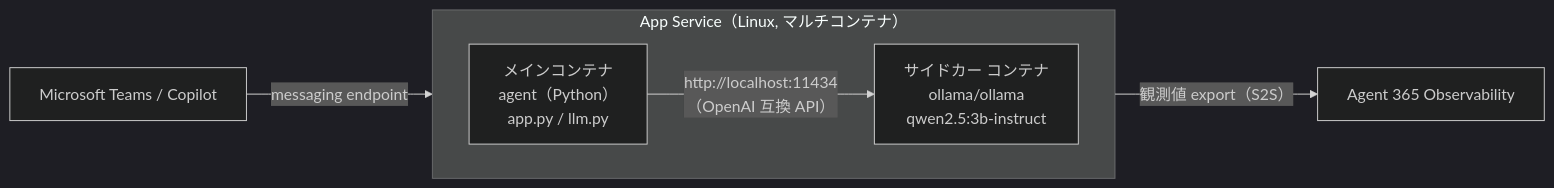
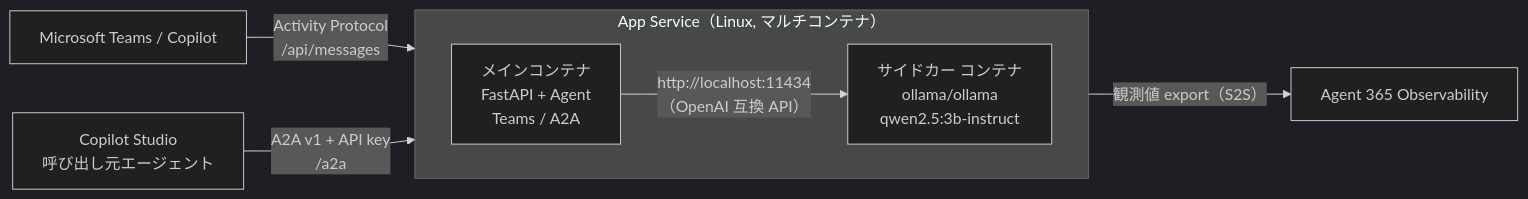
The diagram in docs/part1c-custom-agent.md (fatman3110/Agent365-Training), drawn with Mermaid (dark theme) before and after one commit. The commit also changed other lines of this file and 13 other files, not shown here.

````diff
--- a/docs/part1c-custom-agent.md
+++ b/docs/part1c-custom-agent.md
@@ -159,13 +177,14 @@
 ```mermaid
 flowchart LR
-    Teams["Microsoft Teams / Copilot"] -->|"messaging endpoint"| Agent
+  Teams["Microsoft Teams / Copilot"] -->|"Activity Protocol<br/>/api/messages"| Agent
+  CopilotStudio["Copilot Studio<br/>呼び出し元エージェント"] -->|"A2A v1 + API key<br/>/a2a"| Agent
 
     subgraph AppSvc["App Service（Linux, マルチコンテナ）"]
         direction LR
-        Agent["メインコンテナ<br/>agent（Python）<br/>app.py / llm.py"]
+    Agent["メインコンテナ<br/>FastAPI + Agent<br/>Teams / A2A"]
         Ollama["サイドカー コンテナ<br/>ollama/ollama<br/>qwen2.5:3b-instruct"]
         Agent -->|"http://localhost:11434\n（OpenAI 互換 API）"| Ollama
     end
 
     Agent -->|"観測値 export（S2S）"| MAC["Agent 365 Observability"]
 ```
````
